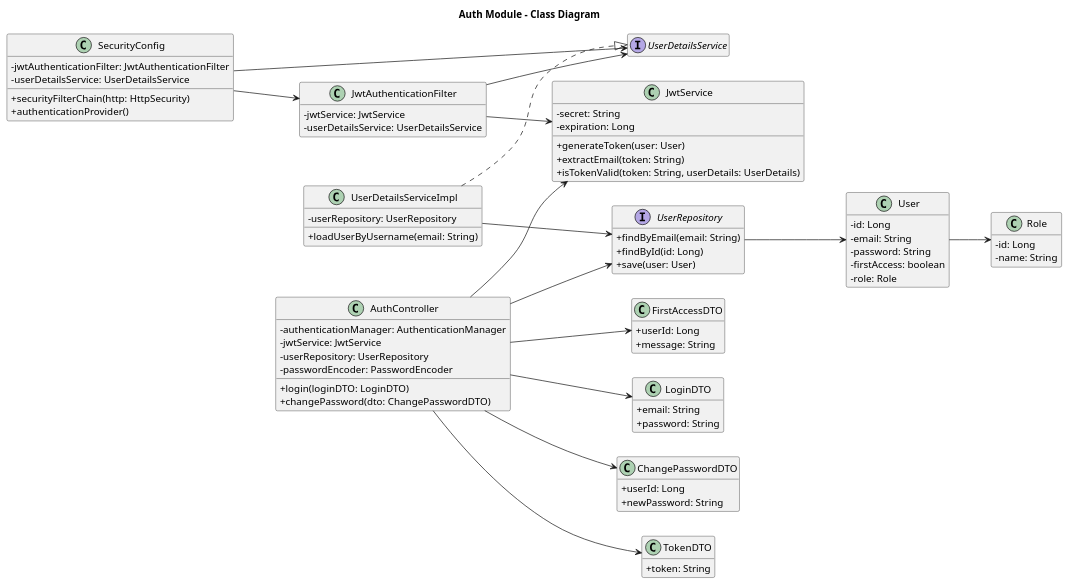
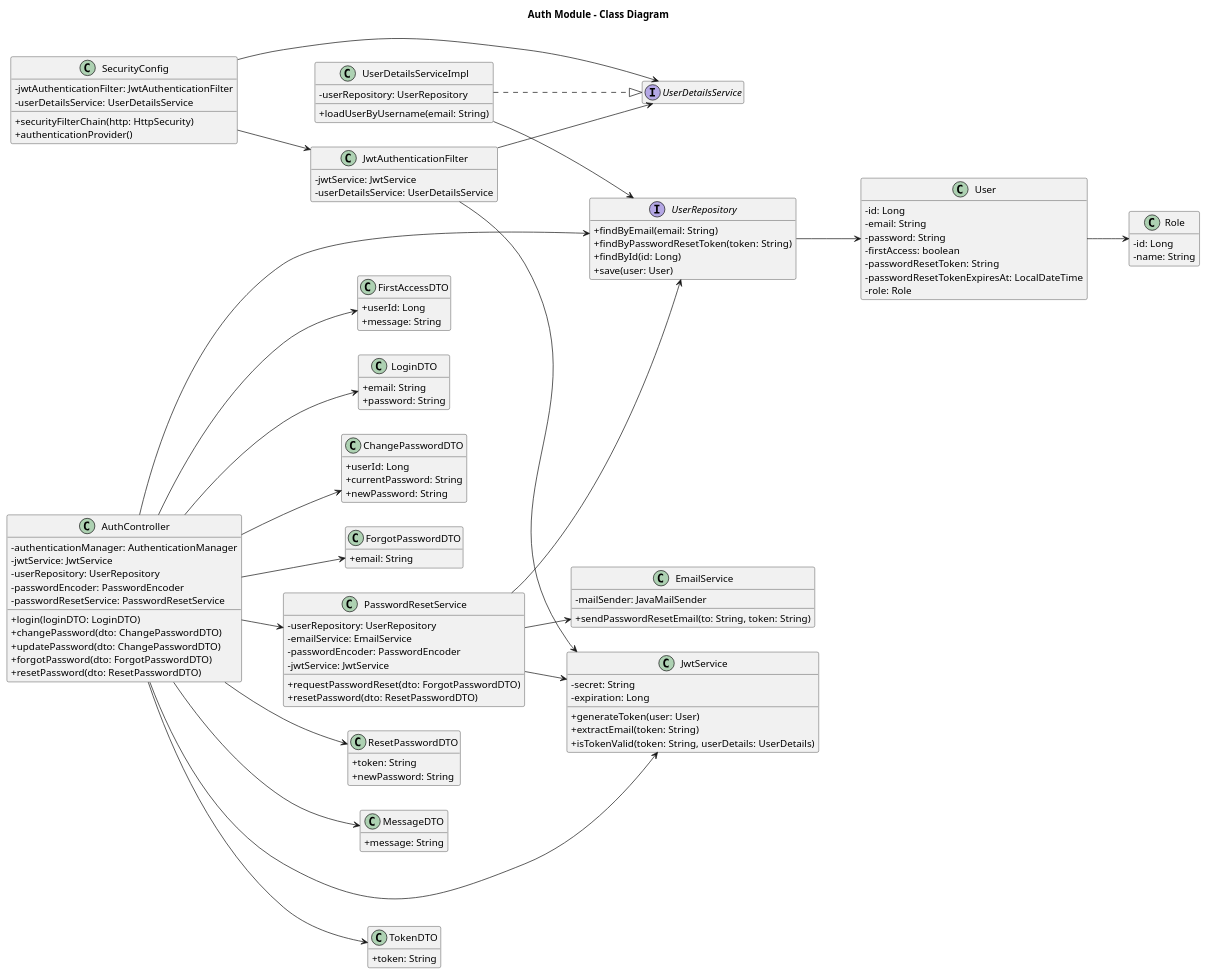
One commit to Lucasjapa/hydro-flow changed the diagram in docs/c4/code/auth-classes.puml. Above: the diagram before and after it, drawn with PlantUML. The commit also changed 24 other files, not shown here.

```diff
--- a/docs/c4/code/auth-classes.puml
+++ b/docs/c4/code/auth-classes.puml
@@ -1,96 +1,138 @@
 @startuml auth-classes
 title Auth Module - Class Diagram
 
 skinparam classAttributeIconSize 0
 left to right direction
 hide empty members
 
 class AuthController {
   - authenticationManager: AuthenticationManager
   - jwtService: JwtService
   - userRepository: UserRepository
   - passwordEncoder: PasswordEncoder
+  - passwordResetService: PasswordResetService
   + login(loginDTO: LoginDTO)
   + changePassword(dto: ChangePasswordDTO)
+  + updatePassword(dto: ChangePasswordDTO)
+  + forgotPassword(dto: ForgotPasswordDTO)
+  + resetPassword(dto: ResetPasswordDTO)
+}
+
+class PasswordResetService {
+  - userRepository: UserRepository
+  - emailService: EmailService
+  - passwordEncoder: PasswordEncoder
+  - jwtService: JwtService
+  + requestPasswordReset(dto: ForgotPasswordDTO)
+  + resetPassword(dto: ResetPasswordDTO)
+}
+
+class EmailService {
+  - mailSender: JavaMailSender
+  + sendPasswordResetEmail(to: String, token: String)
 }
 
 class JwtAuthenticationFilter {
   - jwtService: JwtService
   - userDetailsService: UserDetailsService
 }
 
 class JwtService {
   - secret: String
   - expiration: Long
   + generateToken(user: User)
   + extractEmail(token: String)
   + isTokenValid(token: String, userDetails: UserDetails)
 }
 
 class UserDetailsServiceImpl {
   - userRepository: UserRepository
   + loadUserByUsername(email: String)
 }
 
 class SecurityConfig {
   - jwtAuthenticationFilter: JwtAuthenticationFilter
   - userDetailsService: UserDetailsService
   + securityFilterChain(http: HttpSecurity)
   + authenticationProvider()
 }
 
 interface UserDetailsService
 interface UserRepository {
   + findByEmail(email: String)
+  + findByPasswordResetToken(token: String)
   + findById(id: Long)
   + save(user: User)
 }
 
 class User {
   - id: Long
   - email: String
   - password: String
   - firstAccess: boolean
+  - passwordResetToken: String
+  - passwordResetTokenExpiresAt: LocalDateTime
   - role: Role
 }
 
 class Role {
   - id: Long
   - name: String
 }
 
 class LoginDTO {
   + email: String
   + password: String
 }
 
 class ChangePasswordDTO {
   + userId: Long
+  + currentPassword: String
   + newPassword: String
+}
+
+class ForgotPasswordDTO {
+  + email: String
+}
+
+class ResetPasswordDTO {
+  + token: String
+  + newPassword: String
+}
+
+class MessageDTO {
+  + message: String
 }
 
 class TokenDTO {
   + token: String
 }
 
 class FirstAccessDTO {
   + userId: Long
   + message: String
 }
 
 UserDetailsServiceImpl ..|> UserDetailsService
 AuthController --> JwtService
 AuthController --> UserRepository
+AuthController --> PasswordResetService
 AuthController --> LoginDTO
 AuthController --> ChangePasswordDTO
+AuthController --> ForgotPasswordDTO
+AuthController --> ResetPasswordDTO
+AuthController --> MessageDTO
 AuthController --> TokenDTO
 AuthController --> FirstAccessDTO
+PasswordResetService --> UserRepository
+PasswordResetService --> EmailService
+PasswordResetService --> JwtService
 JwtAuthenticationFilter --> JwtService
 JwtAuthenticationFilter --> UserDetailsService
 UserDetailsServiceImpl --> UserRepository
 UserRepository --> User
 User --> Role
 SecurityConfig --> JwtAuthenticationFilter
 SecurityConfig --> UserDetailsService
 
 @enduml
```
